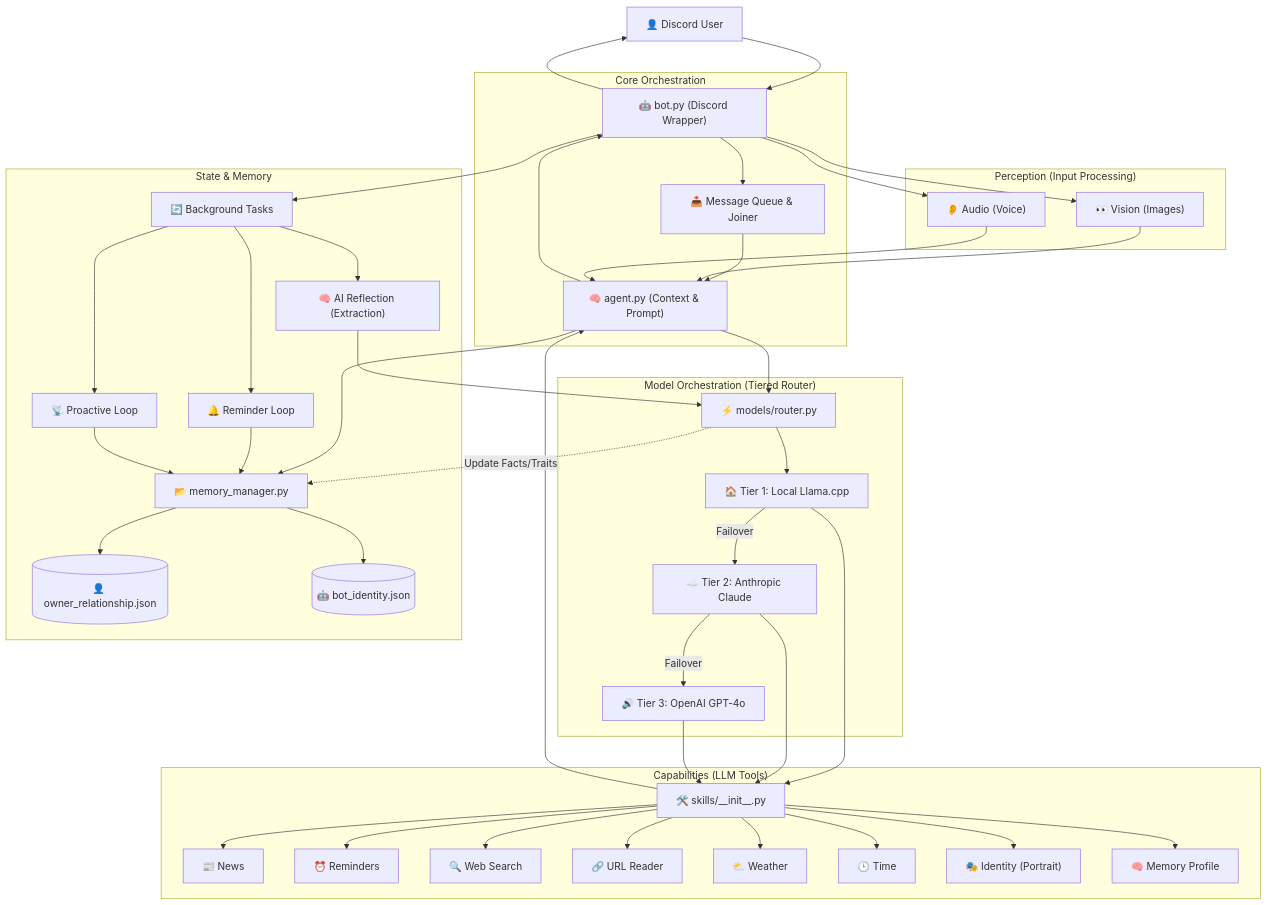
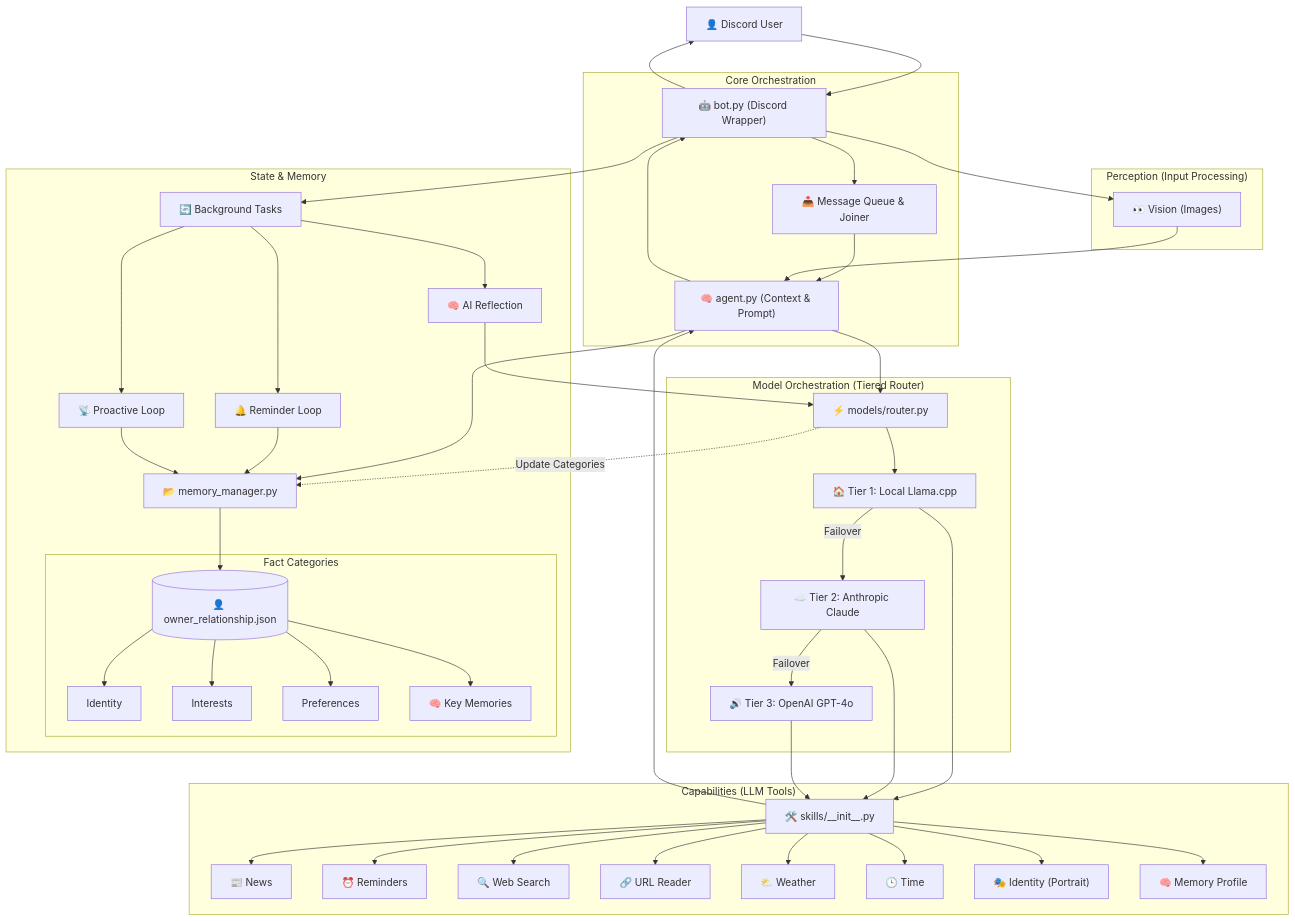
The diagram in architecture.md (zpt0219/discord_chatting_bot), drawn with Mermaid before and after one commit. The commit also changed other lines of this file and 12 other files, not shown here.

Commit message:
clean up, regenerate architecture

````diff
--- a/architecture.md
+++ b/architecture.md
@@ -5,54 +5,59 @@
 ```mermaid
 graph TD
     User["👤 Discord User"] --> Bot["🤖 bot.py (Discord Wrapper)"]
     
     subgraph "Core Orchestration"
         Bot --> MQ["📥 Message Queue & Joiner"]
         MQ --> Agent["🧠 agent.py (Context & Prompt)"]
     end
     
     subgraph "Model Orchestration (Tiered Router)"
         Agent --> Router["⚡ models/router.py"]
         Router --> Llama["🏠 Tier 1: Local Llama.cpp"]
         Llama -- "Failover" --> Claude["☁️ Tier 2: Anthropic Claude"]
         Claude -- "Failover" --> GPT4["🔊 Tier 3: OpenAI GPT-4o"]
     end
     
     subgraph "Capabilities (LLM Tools)"
         Llama & Claude & GPT4 --> Skills["🛠️ skills/__init__.py"]
         Skills --> News["📰 News"]
         Skills --> Reminders["⏰ Reminders"]
         Skills --> Search["🔍 Web Search"]
         Skills --> LinkReader["🔗 URL Reader"]
         Skills --> Weather["⛅ Weather"]
         Skills --> Time["🕒 Time"]
         Skills --> Identity["🎭 Identity (Portrait)"]
         Skills --> Brain["🧠 Memory Profile"]
     end
     
     subgraph "Perception (Input Processing)"
         Bot --> Vision["👀 Vision (Images)"]
-        Bot --> Audio["👂 Audio (Voice)"]
-        Vision & Audio --> Agent
+        Vision --> Agent
     end
     
     subgraph "State & Memory"
         Agent --> Memory["📂 memory_manager.py"]
-        Memory --> OwnerData[("👤 owner_relationship.json")]
-        Memory --> BotData[("🤖 bot_identity.json")]
+        Memory --> Data[("👤 owner_relationship.json")]
+        
+        subgraph "Fact Categories"
+            Data --> ID["Identity"]
+            Data --> INT["Interests"]
+            Data --> PREF["Preferences"]
+            Data --> KM["🧠 Key Memories"]
+        end
         
         Bot --> BG["🔄 Background Tasks"]
         BG --> RemLoop["🔔 Reminder Loop"]
         BG --> Proactive["📡 Proactive Loop"]
-        BG --> Reflection["🧠 AI Reflection (Extraction)"]
+        BG --> Reflection["🧠 AI Reflection"]
         
         Reflection --> Router
-        Router -.-> |"Update Facts/Traits"| Memory
+        Router -.-> |"Update Categories"| Memory
         
         RemLoop & Proactive --> Memory
     end
     
     Skills --> Agent
     Agent --> Bot
     Bot --> User
 ```
````
